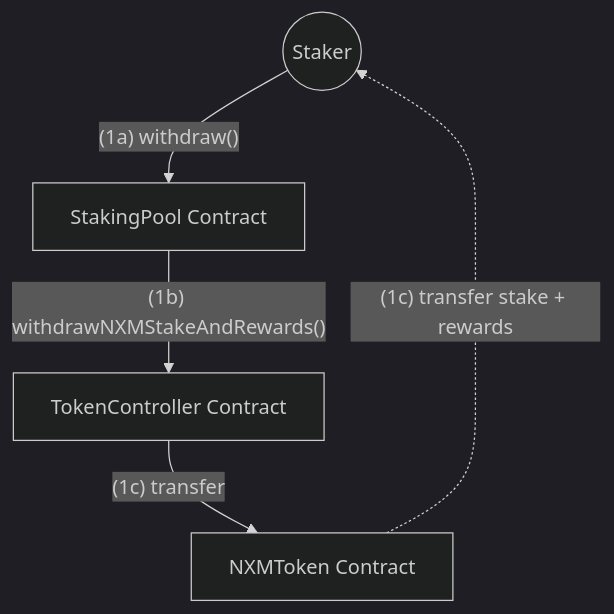
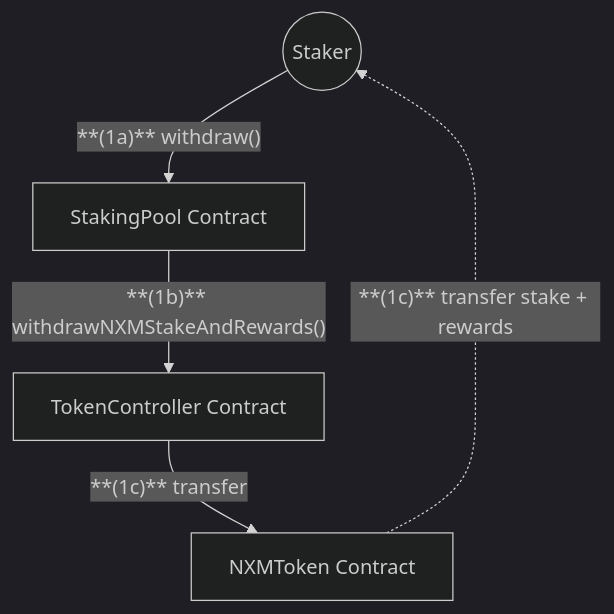
Before and after one commit to NexusMutual/smart-contracts: the second of 2 diagrams in docs/diagrams/user-flows/staker.md, drawn with Mermaid (dark theme). The commit also changed other lines of this file and 9 other files, not shown here.

Commit message:
docs: update diagrams docs

````diff
--- a/docs/diagrams/user-flows/staker.md
+++ b/docs/diagrams/user-flows/staker.md
@@ -26,16 +26,16 @@
 ```mermaid
 graph TD
     %% Users
     Staker(("Staker"))
 
     %% Contracts
     SP["StakingPool Contract"]
     TCO["TokenController Contract"]
     NXM["NXMToken Contract"]
 
     %% Withdraw Flow
-    Staker -->|"(1a) withdraw()"| SP
-    SP -->|"(1b) withdrawNXMStakeAndRewards()"| TCO
-    TCO -->|"(1c) transfer"| NXM
-    NXM -.->|"(1c) transfer stake + rewards"| Staker
+    Staker -->|"**(1a)** withdraw()"| SP
+    SP -->|"**(1b)** withdrawNXMStakeAndRewards()"| TCO
+    TCO -->|"**(1c)** transfer"| NXM
+    NXM -.->|"**(1c)** transfer stake + rewards"| Staker
 ```
````
